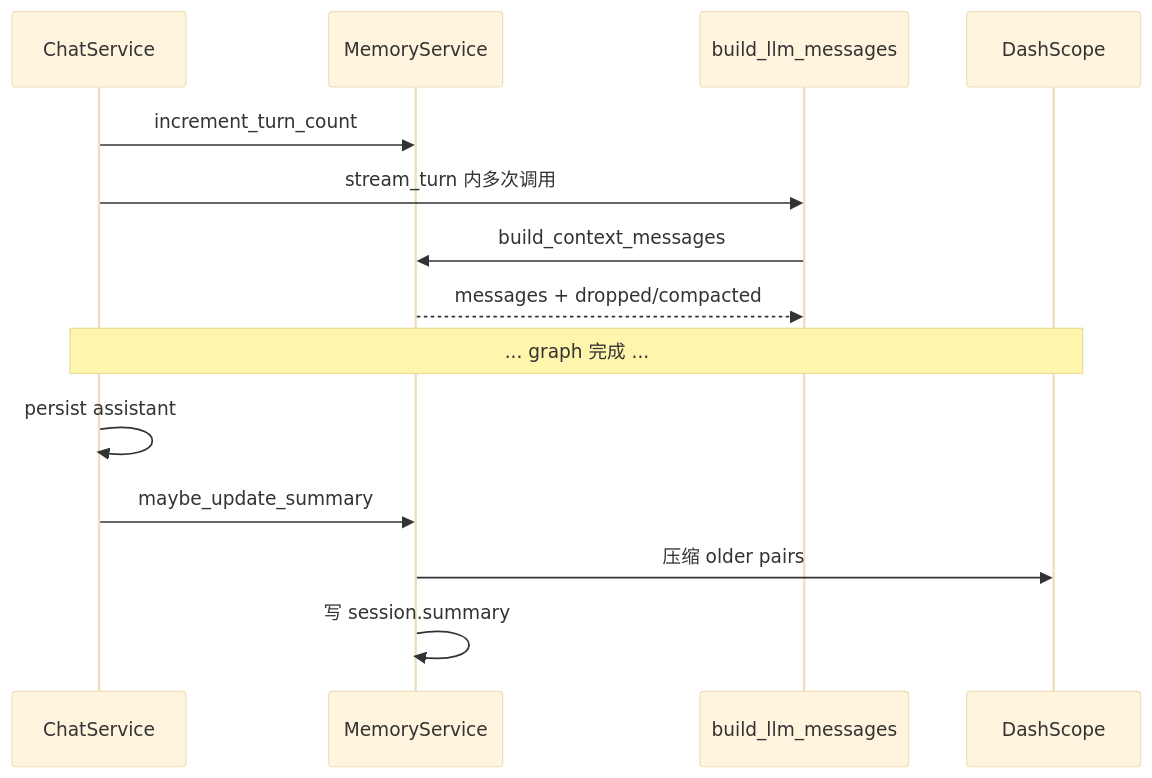
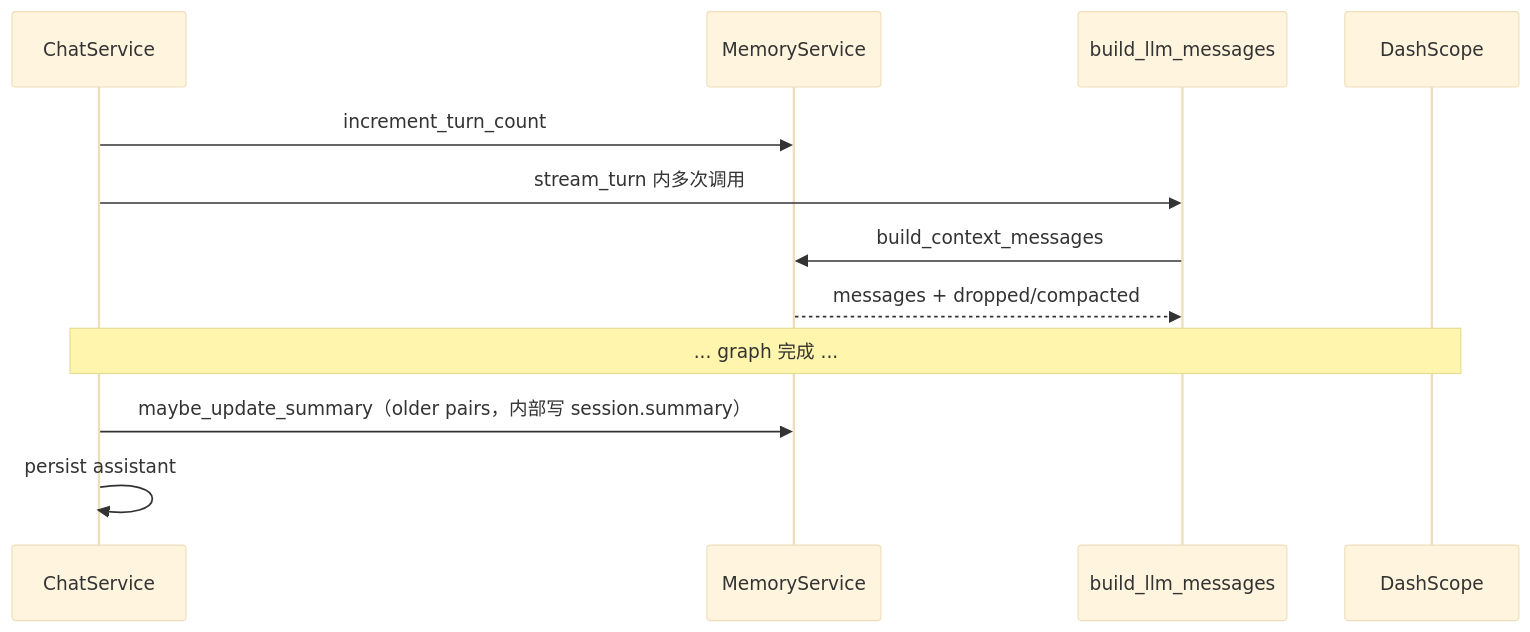
The diagram in docs/guide/06-记忆与长上下文.md (GJWeigege/fitness-coach-agent), drawn with Mermaid (base theme) before and after one commit. The commit also changed other lines of this file and 15 other files, not shown here.

````diff
--- a/docs/guide/06-记忆与长上下文.md
+++ b/docs/guide/06-记忆与长上下文.md
@@ -48,17 +48,15 @@
 ```mermaid
 sequenceDiagram
     participant CS as ChatService
     participant MS as MemoryService
     participant LG as build_llm_messages
     participant LLM as DashScope
 
     CS->>MS: increment_turn_count
     CS->>LG: stream_turn 内多次调用
     LG->>MS: build_context_messages
     MS-->>LG: messages + dropped/compacted
     Note over CS,LLM: ... graph 完成 ...
+    CS->>MS: maybe_update_summary（older pairs，内部写 session.summary）
     CS->>CS: persist assistant
-    CS->>MS: maybe_update_summary
-    MS->>LLM: 压缩 older pairs
-    MS->>MS: 写 session.summary
 ```
````
